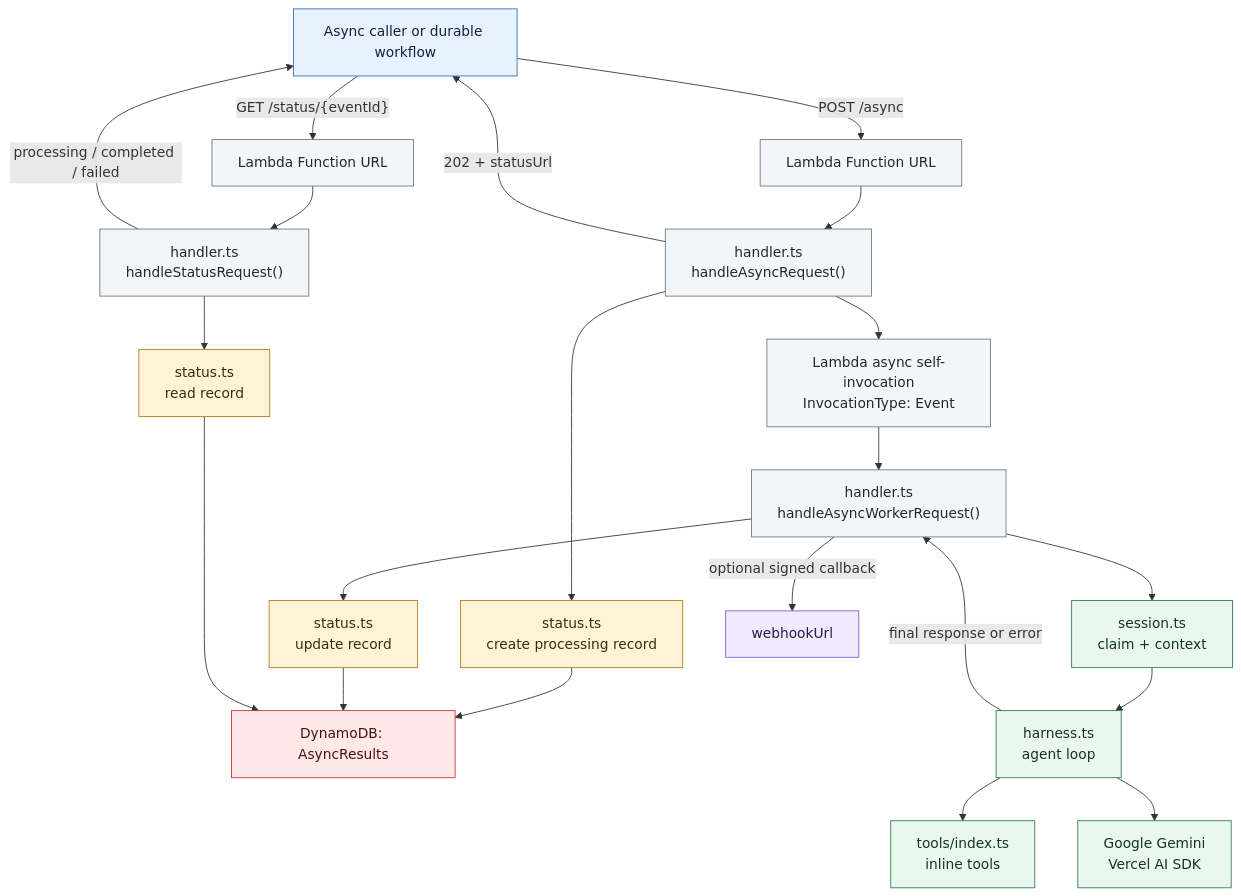
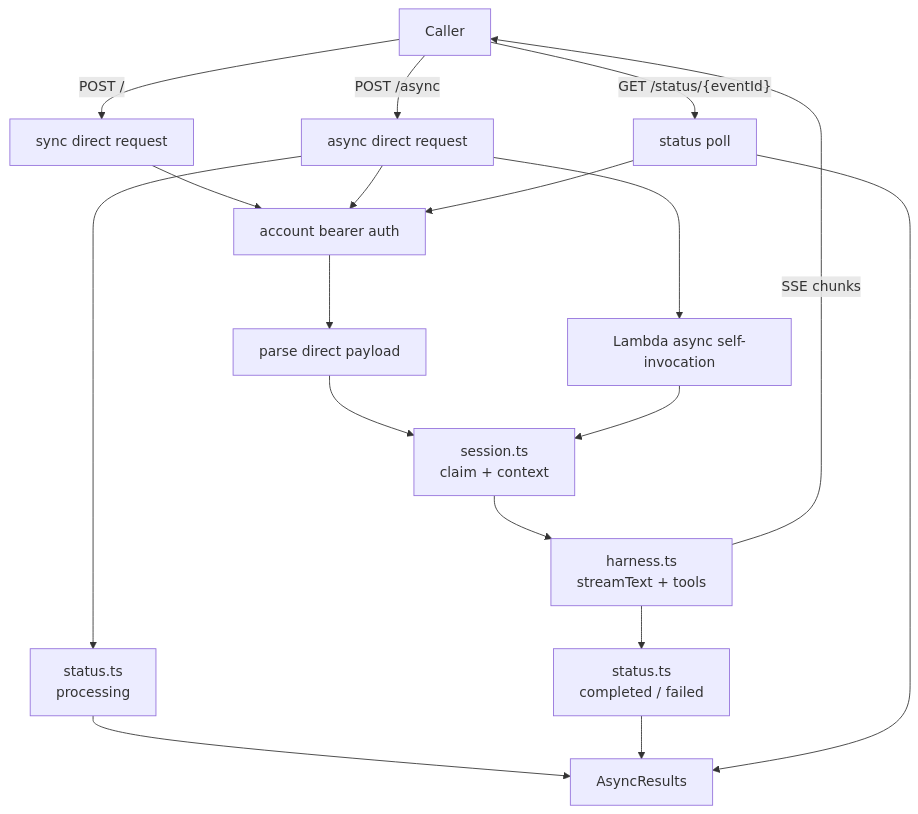
The fifth of 7 diagrams in docs/architecture.md (beeblastco/filthy-panty), drawn with Mermaid before and after one commit. The commit also changed other lines of this file and 32 other files, not shown here.

````diff
--- a/docs/architecture.md
+++ b/docs/architecture.md
@@ -87,39 +99,23 @@
 ```mermaid
 flowchart TD
-  Caller["Async caller or durable workflow"] -->|"POST /async"| Url["Lambda Function URL"]
-  Url --> AsyncStart["handler.ts<br/>handleAsyncRequest()"]
-  AsyncStart --> Pending["status.ts<br/>create processing record"]
-  Pending --> AsyncTable["DynamoDB: AsyncResults"]
-  AsyncStart -->|"202 + statusUrl"| Caller
+  Caller["Caller"] -->|"POST /"| Sync["sync direct request"]
+  Caller -->|"POST /async"| Async["async direct request"]
 
-  AsyncStart --> SelfInvoke["Lambda async self-invocation<br/>InvocationType: Event"]
-  SelfInvoke --> Worker["handler.ts<br/>handleAsyncWorkerRequest()"]
-  Worker --> Session["session.ts<br/>claim + context"]
-  Session --> Harness["harness.ts<br/>agent loop"]
-  Harness --> Tools["tools/index.ts<br/>inline tools"]
-  Harness --> Model["Google Gemini<br/>Vercel AI SDK"]
-  Harness -->|"final response or error"| Worker
-  Worker --> StatusUpdate["status.ts<br/>update record"]
-  StatusUpdate --> AsyncTable
-  Worker -->|"optional signed callback"| Webhook["webhookUrl"]
+  Sync --> Auth["account bearer auth"]
+  Async --> Auth
+  Auth --> Parse["parse direct payload"]
+  Parse --> Session["session.ts<br/>claim + context"]
+  Session --> Agent["harness.ts<br/>streamText + tools"]
+  Agent -->|"SSE chunks"| Caller
 
-  Caller -->|"GET /status/{eventId}"| StatusUrl["Lambda Function URL"]
-  StatusUrl --> StatusRead["handler.ts<br/>handleStatusRequest()"]
-  StatusRead --> StatusLookup["status.ts<br/>read record"]
-  StatusLookup --> AsyncTable
-  StatusRead -->|"processing / completed / failed"| Caller
+  Async --> Pending["status.ts<br/>processing"]
+  Pending --> AsyncTable["AsyncResults"]
+  Async --> SelfInvoke["Lambda async self-invocation"]
+  SelfInvoke --> Session
+  Agent --> Complete["status.ts<br/>completed / failed"]
+  Complete --> AsyncTable
 
-  classDef caller fill:#e8f1ff,stroke:#2f6fba,color:#10233f
-  classDef lambda fill:#f3f6f8,stroke:#687683,color:#1f2933
-  classDef async fill:#fff3d6,stroke:#b7791f,color:#3d2b09
-  classDef agent fill:#eaf7ee,stroke:#2d7d46,color:#14351f
-  classDef storage fill:#ffe8e8,stroke:#c53030,color:#4a1111
-  classDef callback fill:#f2e8ff,stroke:#805ad5,color:#2d1b4e
-
-  class Caller caller
-  class Url,StatusUrl,AsyncStart,SelfInvoke,Worker,StatusRead lambda
-  class Pending,StatusUpdate,StatusLookup async
-  class Session,Harness,Tools,Model agent
-  class AsyncTable storage
-  class Webhook callback
+  Caller -->|"GET /status/{eventId}"| Status["status poll"]
+  Status --> Auth
+  Status --> AsyncTable
 ```
````
